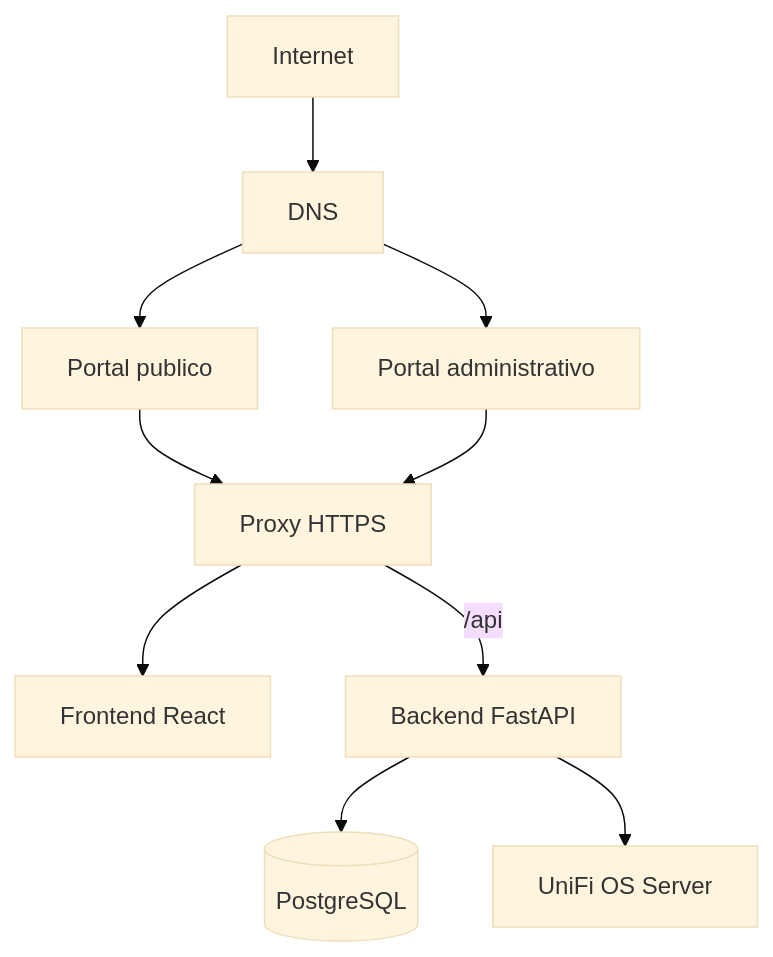
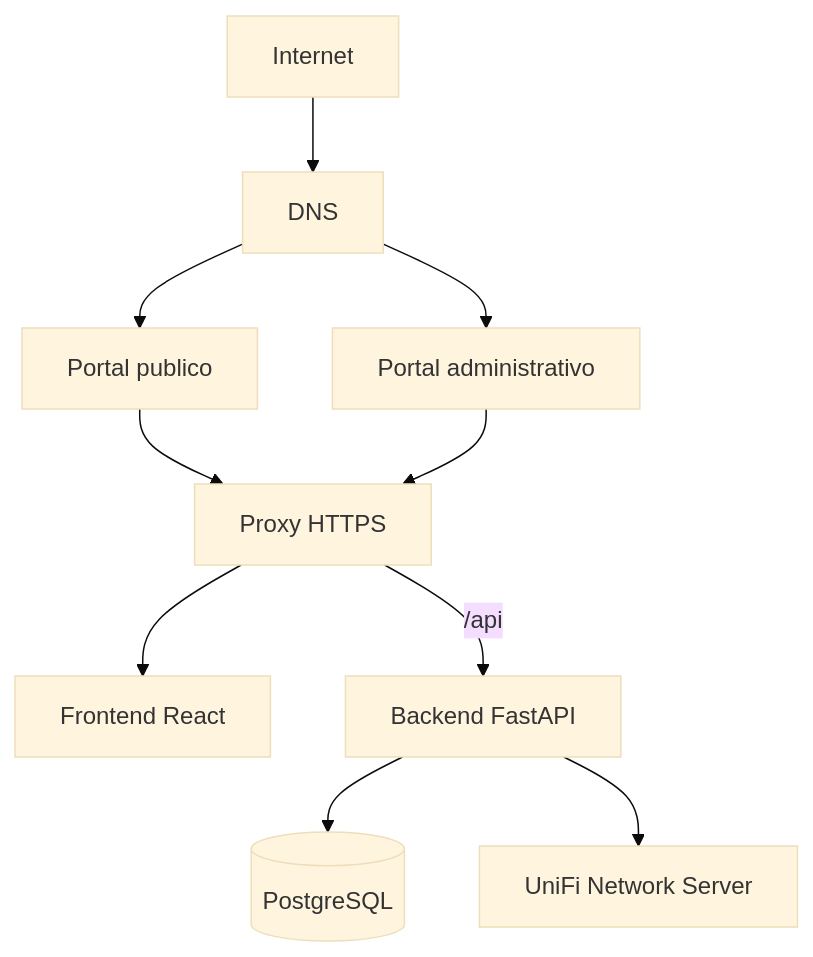
One commit to roberth-silva-lab/Captive-portal changed the first of 6 diagrams in README.md. Above: the diagram before and after it, drawn with Mermaid (base theme). The commit also changed other lines of this file, not shown here.

Commit message:
docs: update architecture for Windows and legacy UniFi

````diff
--- a/README.md
+++ b/README.md
@@ -31,12 +31,12 @@
 ```mermaid
 flowchart TD
   Internet --> DNS[DNS]
   DNS --> Public[Portal publico]
   DNS --> Admin[Portal administrativo]
   Public --> Proxy[Proxy HTTPS]
   Admin --> Proxy
   Proxy --> Frontend[Frontend React]
   Proxy -->|/api| FastAPI[Backend FastAPI]
   FastAPI --> Database[(PostgreSQL)]
-  FastAPI --> UniFi[UniFi OS Server]
+  FastAPI --> UniFi[UniFi Network Server]
 ```
````
